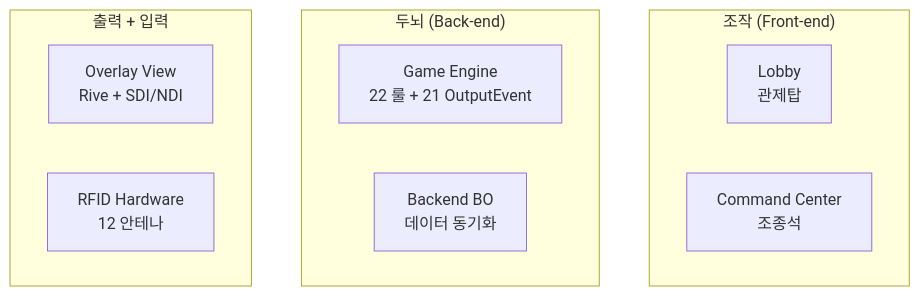
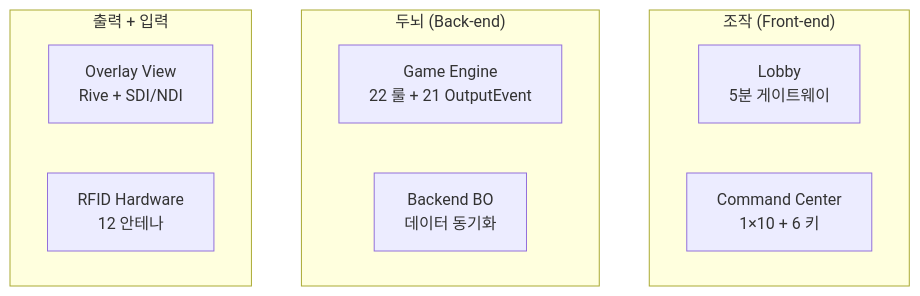
One commit to garimto81/ebs_github changed the eighth of 17 diagrams in docs/1. Product/Foundation.md. Above: the diagram before and after it, drawn with Mermaid. The commit also changed other lines of this file and 9 other files, not shown here.

````diff
--- a/docs/1. Product/Foundation.md
+++ b/docs/1. Product/Foundation.md
@@ -457,15 +459,15 @@
 ```mermaid
 flowchart TD
     subgraph G1["조작 (Front-end)"]
-        L[Lobby<br/>관제탑]
-        CC[Command Center<br/>조종석]
+        L["Lobby<br/>5분 게이트웨이"]
+        CC["Command Center<br/>1×10 + 6 키"]
     end
     subgraph G2["두뇌 (Back-end)"]
         E[Game Engine<br/>22 룰 + 21 OutputEvent]
         BO[Backend BO<br/>데이터 동기화]
     end
     subgraph G3["출력 + 입력"]
         O[Overlay View<br/>Rive + SDI/NDI]
         H[RFID Hardware<br/>12 안테나]
     end
 ```
````
